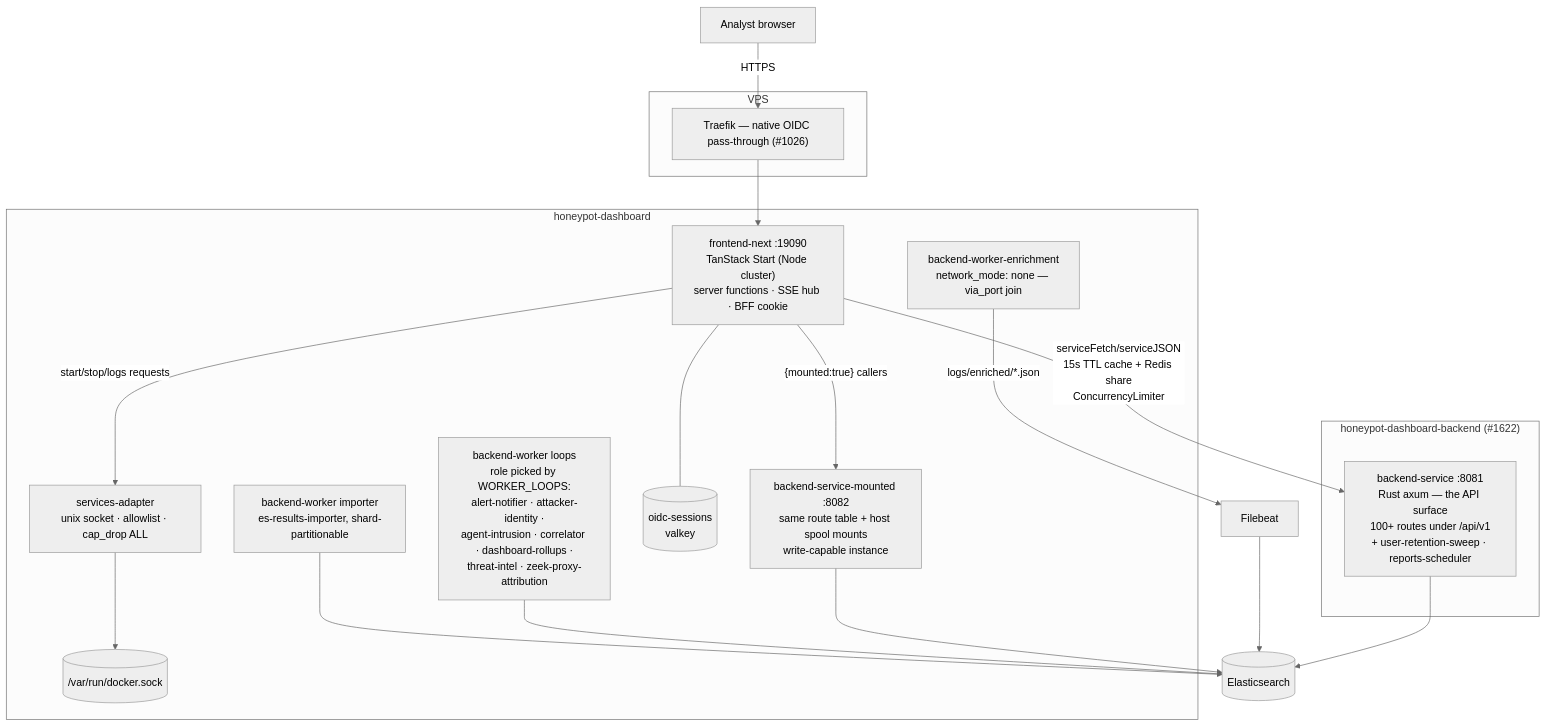
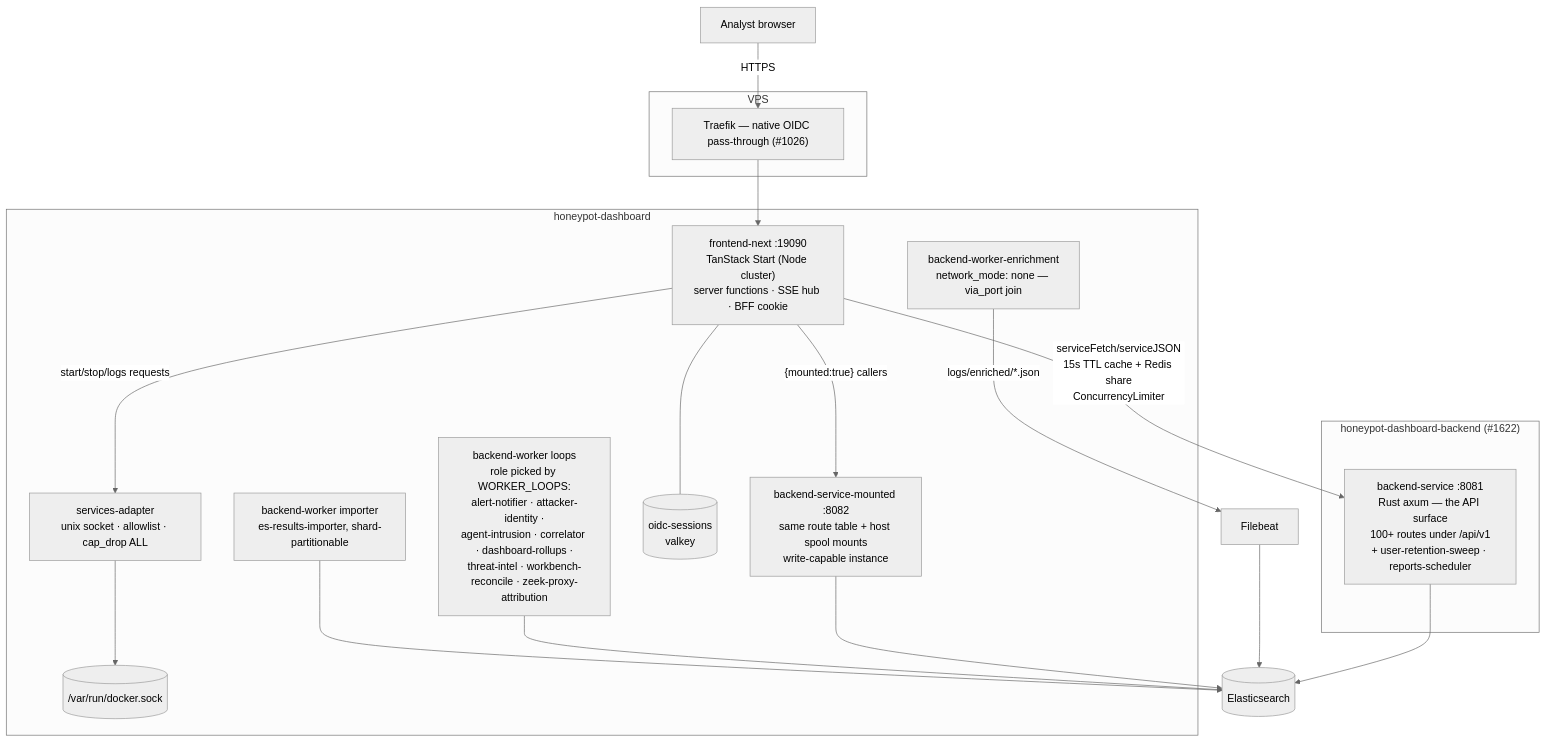
The fourth of 7 diagrams in docs/ARCHITECTURE.md (Xore-Inc/APIARY), drawn with Mermaid (neutral theme) before and after one commit. The commit also changed other lines of this file and 3 other files, not shown here.

First line of the commit message:
refactor(compose): run workbench-reconcile in backend-worker, not the mounted API (#3686)

````diff
--- a/docs/ARCHITECTURE.md
+++ b/docs/ARCHITECTURE.md
@@ -394,33 +395,33 @@
 ```mermaid
 flowchart TB
   analyst["Analyst browser"]
 
   subgraph vps2["VPS"]
     t["Traefik — native OIDC pass-through (#1026)"]
   end
 
   subgraph stack["honeypot-dashboard"]
     fe["frontend-next :19090<br/>TanStack Start (Node cluster)<br/>server functions · SSE hub · BFF cookie"]
     bsm["backend-service-mounted :8082<br/>same route table + host spool mounts<br/>write-capable instance"]
-    loops["backend-worker loops<br/>role picked by WORKER_LOOPS:<br/>alert-notifier · attacker-identity ·<br/>agent-intrusion · correlator · dashboard-rollups ·<br/>threat-intel · zeek-proxy-attribution"]
+    loops["backend-worker loops<br/>role picked by WORKER_LOOPS:<br/>alert-notifier · attacker-identity ·<br/>agent-intrusion · correlator · dashboard-rollups ·<br/>threat-intel · workbench-reconcile · zeek-proxy-attribution"]
     imp["backend-worker importer<br/>es-results-importer, shard-partitionable"]
     enr["backend-worker-enrichment<br/>network_mode: none — via_port join"]
     redis[("oidc-sessions<br/>valkey")]
     adapter["services-adapter<br/>unix socket · allowlist · cap_drop ALL"]
     sock[("/var/run/docker.sock")]
   end
 
   subgraph stackbe["honeypot-dashboard-backend (#1622)"]
     bs["backend-service :8081<br/>Rust axum — the API surface<br/>100+ routes under /api/v1<br/>+ user-retention-sweep · reports-scheduler"]
   end
 
   es[("Elasticsearch")]
 
   analyst -->|"HTTPS"| t --> fe
   fe -->|"serviceFetch/serviceJSON<br/>15s TTL cache + Redis share<br/>ConcurrencyLimiter"| bs
   fe -->|"{mounted:true} callers"| bsm
   fe --- redis
   bs & bsm & loops & imp --> es
   enr -->|"logs/enriched/*.json"| fb2["Filebeat"] --> es
   fe -->|"start/stop/logs requests"| adapter --> sock
 ```
````
